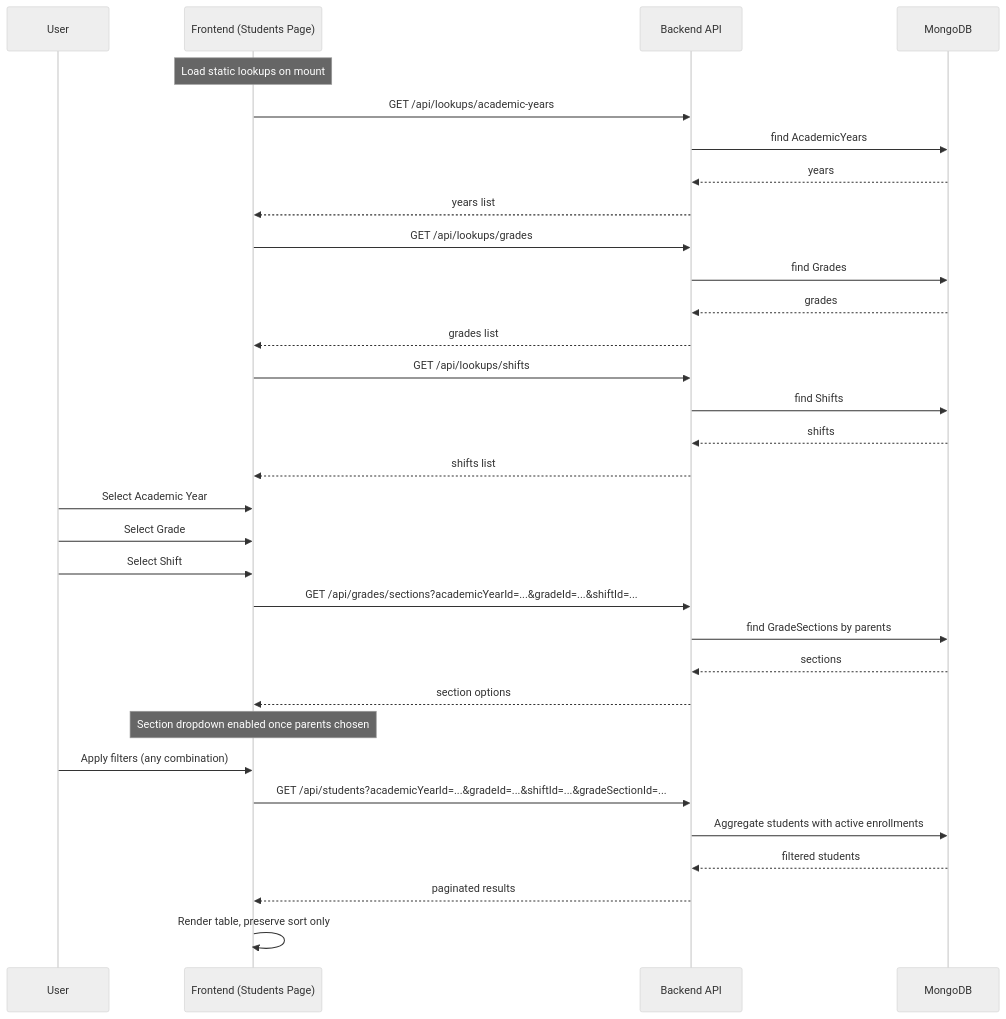
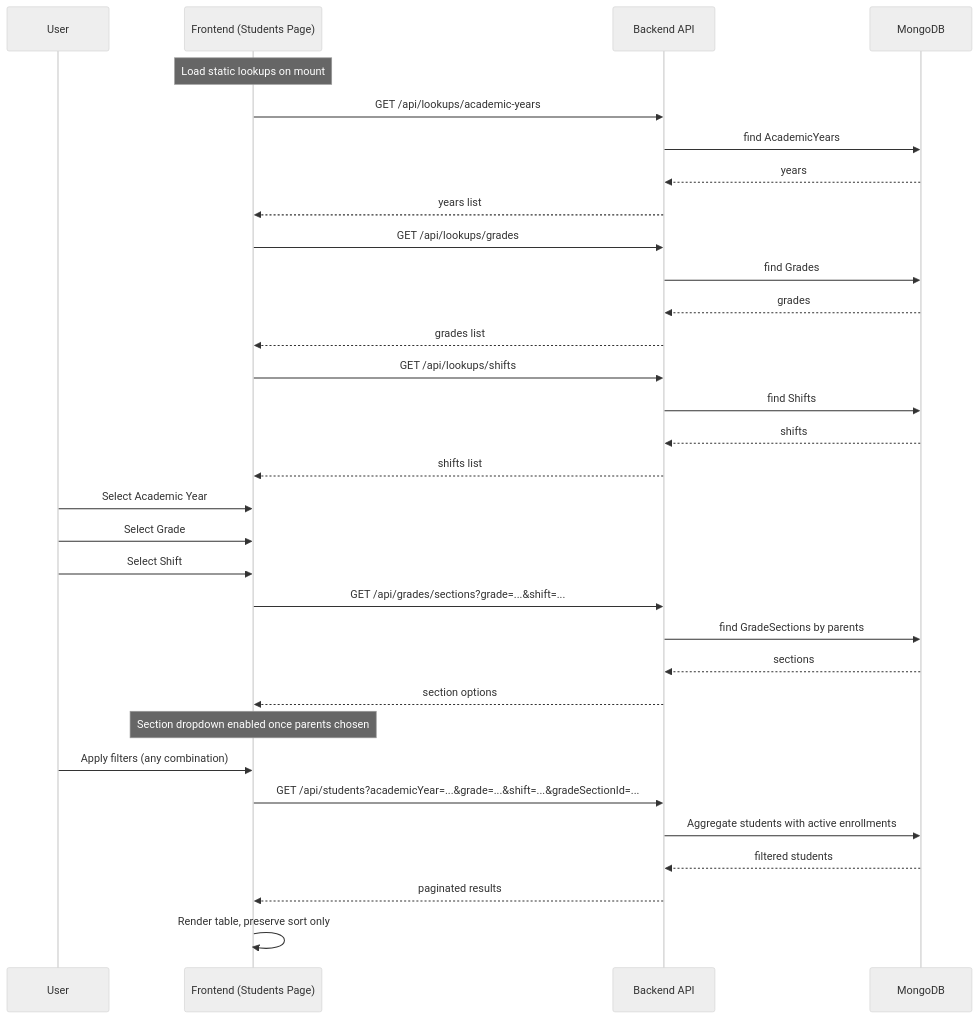
The fourth of 6 diagrams in docs/DIAGRAMS.md (khays62/nuuru-al-bayaan), drawn with Mermaid (neutral theme) before and after one commit. The commit also changed other lines of this file and 2 other files, not shown here.

Commit message:
docs: update diagrams/data models/architecture

````diff
--- a/docs/DIAGRAMS.md
+++ b/docs/DIAGRAMS.md
@@ -138,40 +155,40 @@
 ```mermaid
 sequenceDiagram
   participant U as User
   participant FE as Frontend (Students Page)
   participant API as Backend API
   participant DB as MongoDB
 
   note over FE: Load static lookups on mount
   FE->>API: GET /api/lookups/academic-years
   API->>DB: find AcademicYears
   DB-->>API: years
   API-->>FE: years list
 
   FE->>API: GET /api/lookups/grades
   API->>DB: find Grades
   DB-->>API: grades
   API-->>FE: grades list
 
   FE->>API: GET /api/lookups/shifts
   API->>DB: find Shifts
   DB-->>API: shifts
   API-->>FE: shifts list
 
   U->>FE: Select Academic Year
   U->>FE: Select Grade
   U->>FE: Select Shift
-  FE->>API: GET /api/grades/sections?academicYearId=...&gradeId=...&shiftId=...
+  FE->>API: GET /api/grades/sections?grade=...&shift=...
   API->>DB: find GradeSections by parents
   DB-->>API: sections
   API-->>FE: section options
 
   note over FE: Section dropdown enabled once parents chosen
 
   U->>FE: Apply filters (any combination)
-  FE->>API: GET /api/students?academicYearId=...&gradeId=...&shiftId=...&gradeSectionId=...
+  FE->>API: GET /api/students?academicYear=...&grade=...&shift=...&gradeSectionId=...
   API->>DB: Aggregate students with active enrollments
   DB-->>API: filtered students
   API-->>FE: paginated results
   FE->>FE: Render table, preserve sort only
 ```
````
